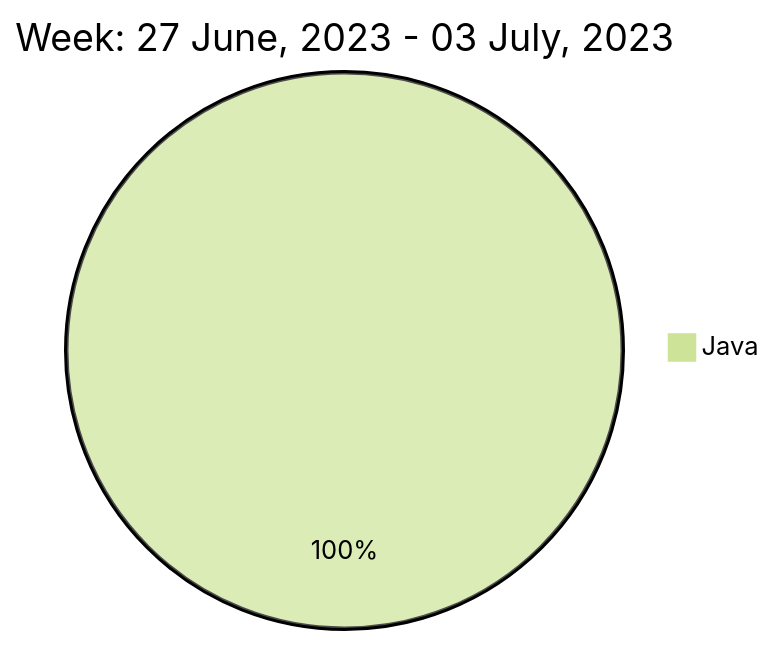
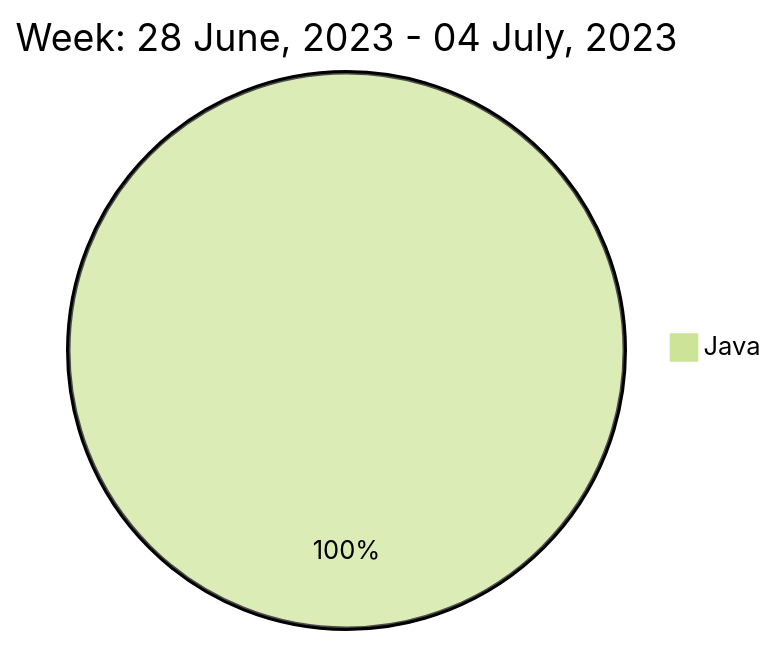
The diagram in README.md (liubin95/liubin95), drawn with Mermaid (forest theme) before and after one commit.

Commit message:
Updated the Graph with new Metrics

````diff
--- a/README.md
+++ b/README.md
@@ -40,5 +40,5 @@
 ```mermaid
  pie
-title Week: 27 June, 2023 - 03 July, 2023
- "Java" : 13.3
+title Week: 28 June, 2023 - 04 July, 2023
+ "Java" : 10.6
 ```
````
